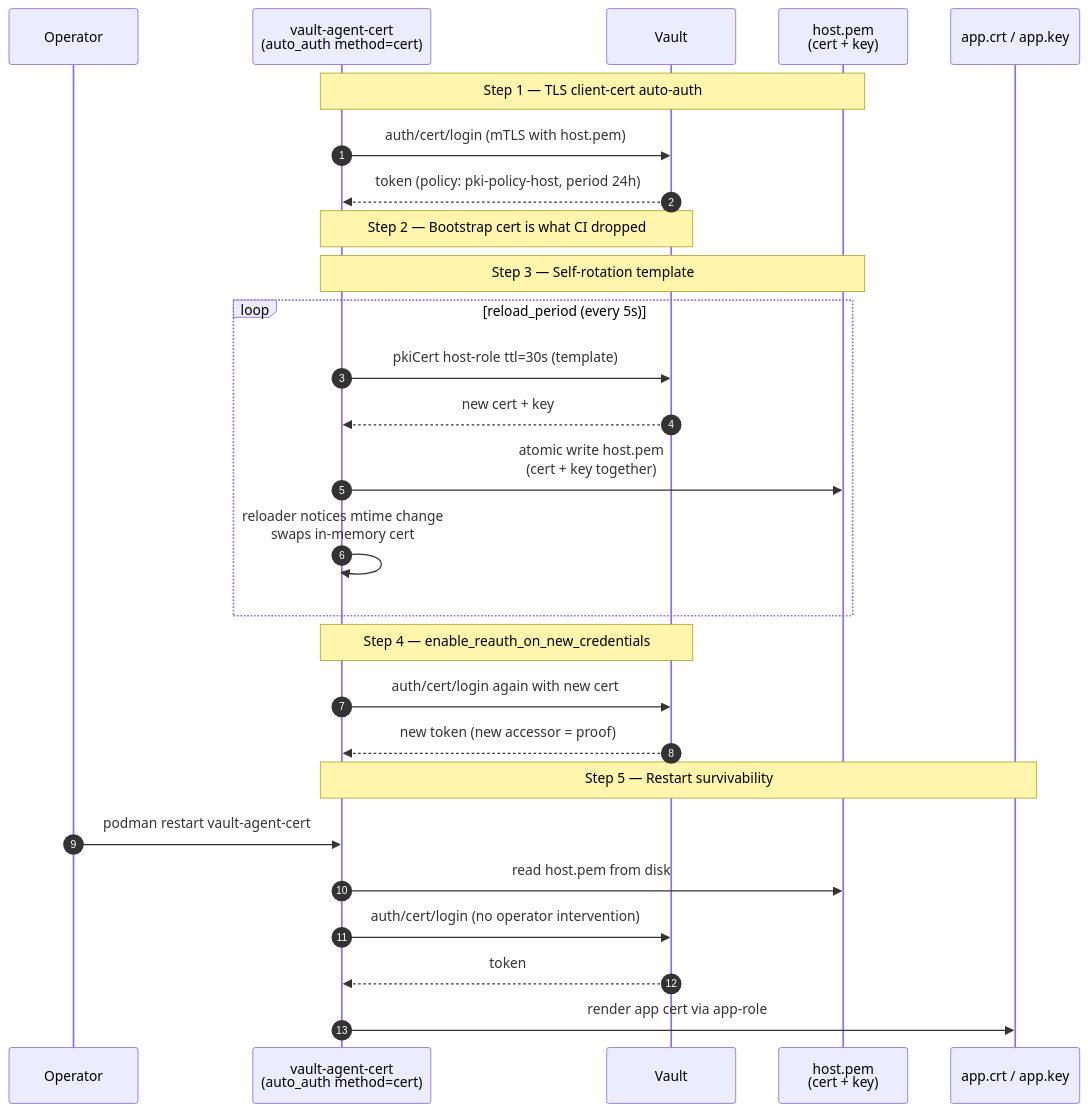
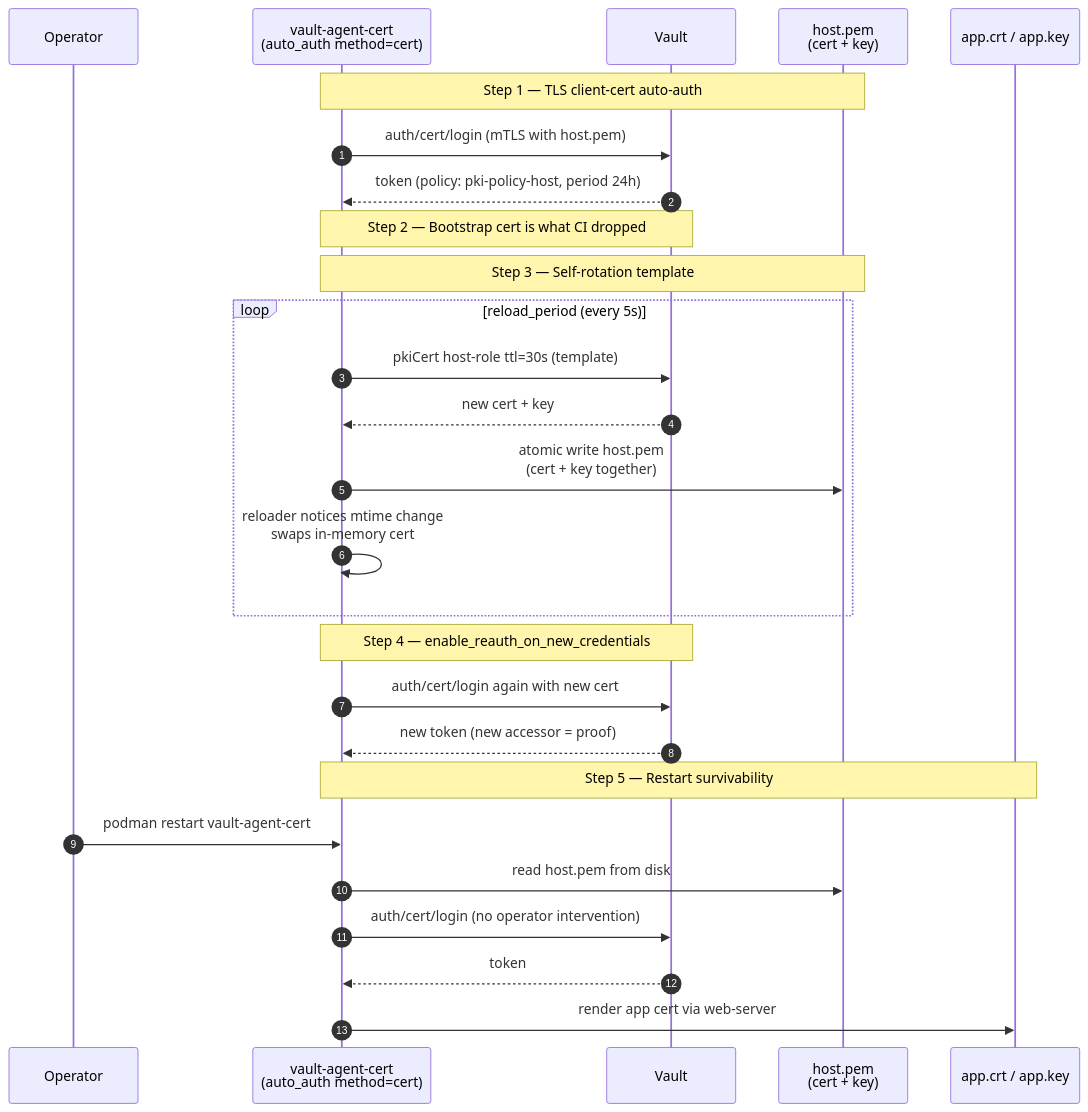
The fourth of 6 diagrams in docs/demos.md (songlining/pki), drawn with Mermaid before and after one commit. The commit also changed other lines of this file and 20 other files, not shown here.

First line of the commit message:
Add deck-api presenterm deck; rename PKI role app-role to web-server

````diff
--- a/docs/demos.md
+++ b/docs/demos.md
@@ -138,34 +138,34 @@
 ```mermaid
 sequenceDiagram
     autonumber
     participant Op as Operator
     participant Agent as vault-agent-cert<br/>(auto_auth method=cert)
     participant Vault
     participant Bundle as host.pem<br/>(cert + key)
     participant App as app.crt / app.key
 
     Note over Agent,Bundle: Step 1 — TLS client-cert auto-auth
     Agent->>Vault: auth/cert/login (mTLS with host.pem)
     Vault-->>Agent: token (policy: pki-policy-host, period 24h)
 
     Note over Agent,Vault: Step 2 — Bootstrap cert is what CI dropped
 
     Note over Agent,Bundle: Step 3 — Self-rotation template
     loop reload_period (every 5s)
         Agent->>Vault: pkiCert host-role ttl=30s (template)
         Vault-->>Agent: new cert + key
         Agent->>Bundle: atomic write host.pem<br/>(cert + key together)
         Agent->>Agent: reloader notices mtime change<br/>swaps in-memory cert
     end
 
     Note over Agent,Vault: Step 4 — enable_reauth_on_new_credentials
     Agent->>Vault: auth/cert/login again with new cert
     Vault-->>Agent: new token (new accessor = proof)
 
     Note over Agent,App: Step 5 — Restart survivability
     Op->>Agent: podman restart vault-agent-cert
     Agent->>Bundle: read host.pem from disk
     Agent->>Vault: auth/cert/login (no operator intervention)
     Vault-->>Agent: token
-    Agent->>App: render app cert via app-role
+    Agent->>App: render app cert via web-server
 ```
````
